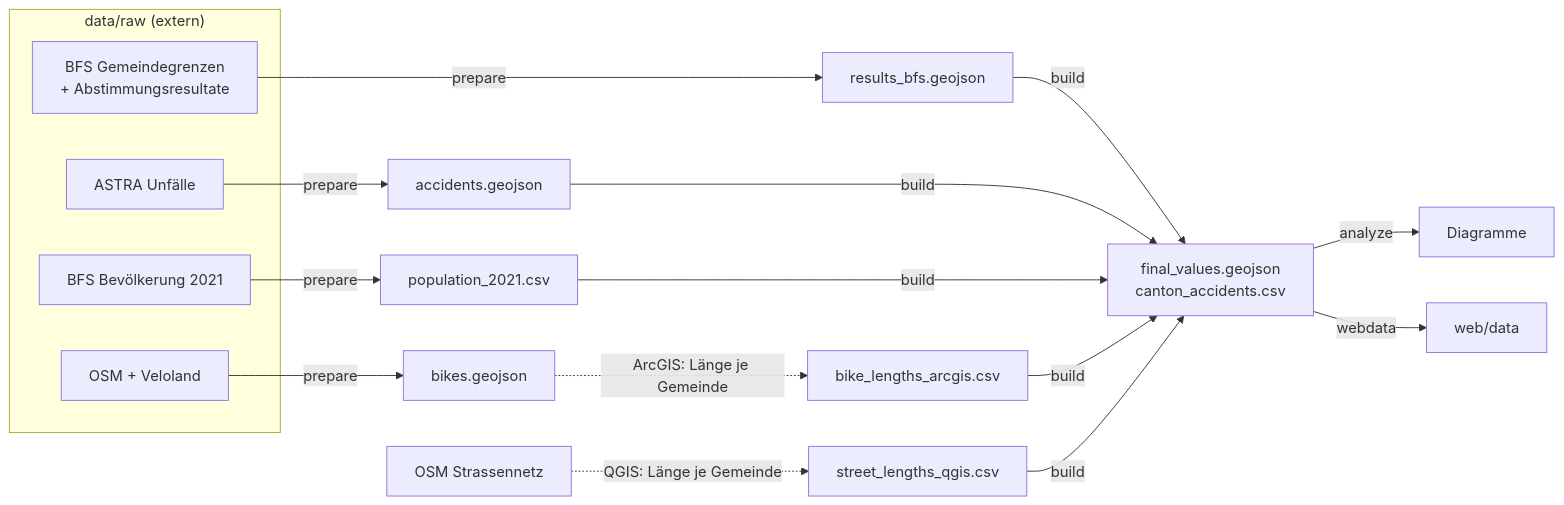
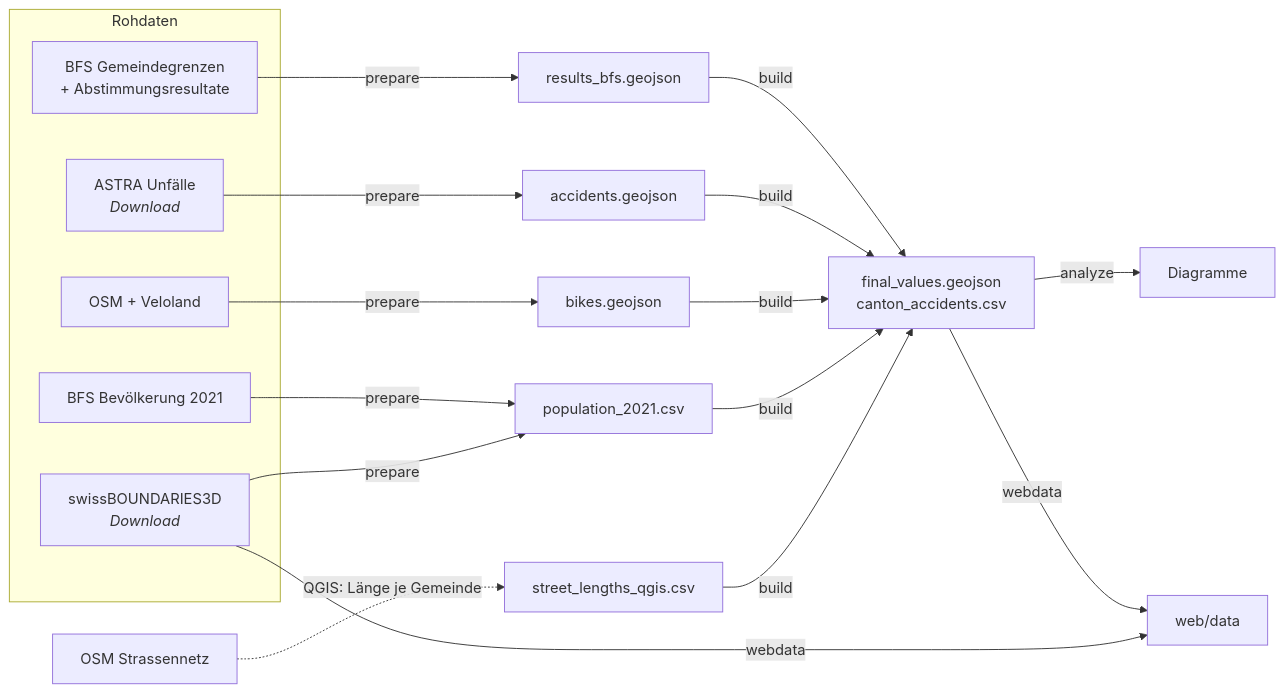
One commit to teefaxx/projekt-gis-karto changed the diagram in README.md. Above: the diagram before and after it, drawn with Mermaid. The commit also changed other lines of this file and 1507 other files, not shown here.

````diff
--- a/README.md
+++ b/README.md
@@ -86,18 +102,18 @@
 ```mermaid
 flowchart LR
-  subgraph raw["data/raw (extern)"]
+  subgraph raw["Rohdaten"]
     R1[BFS Gemeindegrenzen<br>+ Abstimmungsresultate]
-    R2[ASTRA Unfälle]
+    R2[ASTRA Unfälle<br><i>Download</i>]
     R3[OSM + Veloland]
     R4[BFS Bevölkerung 2021]
+    R5[swissBOUNDARIES3D<br><i>Download</i>]
   end
   R1 -->|prepare| I1[results_bfs.geojson]
   R2 -->|prepare| I2[accidents.geojson]
   R3 -->|prepare| I3[bikes.geojson]
-  R4 -->|prepare| I4[population_2021.csv]
-  I3 -.->|ArcGIS: Länge je Gemeinde| I5[bike_lengths_arcgis.csv]
+  R4 & R5 -->|prepare| I4[population_2021.csv]
   OSM[OSM Strassennetz] -.->|QGIS: Länge je Gemeinde| I6[street_lengths_qgis.csv]
-  I1 & I2 & I4 & I5 & I6 -->|build| P[final_values.geojson<br>canton_accidents.csv]
+  I1 & I2 & I3 & I4 & I6 -->|build| P[final_values.geojson<br>canton_accidents.csv]
   P -->|analyze| F[Diagramme]
-  P -->|webdata| W[web/data]
+  P & R5 -->|webdata| W[web/data]
 ```
````
